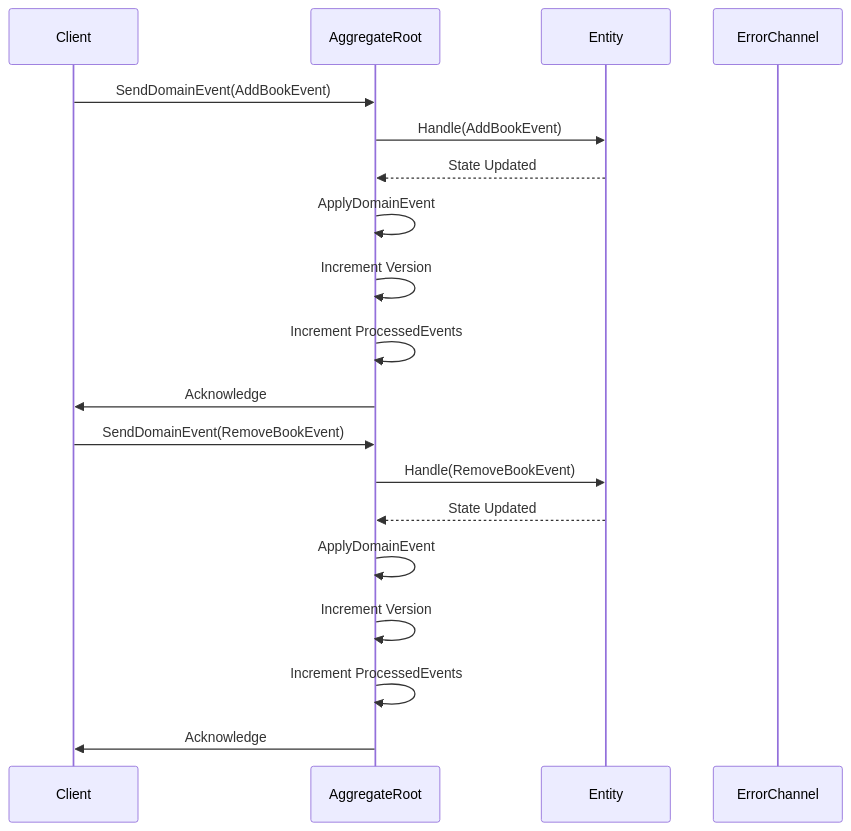
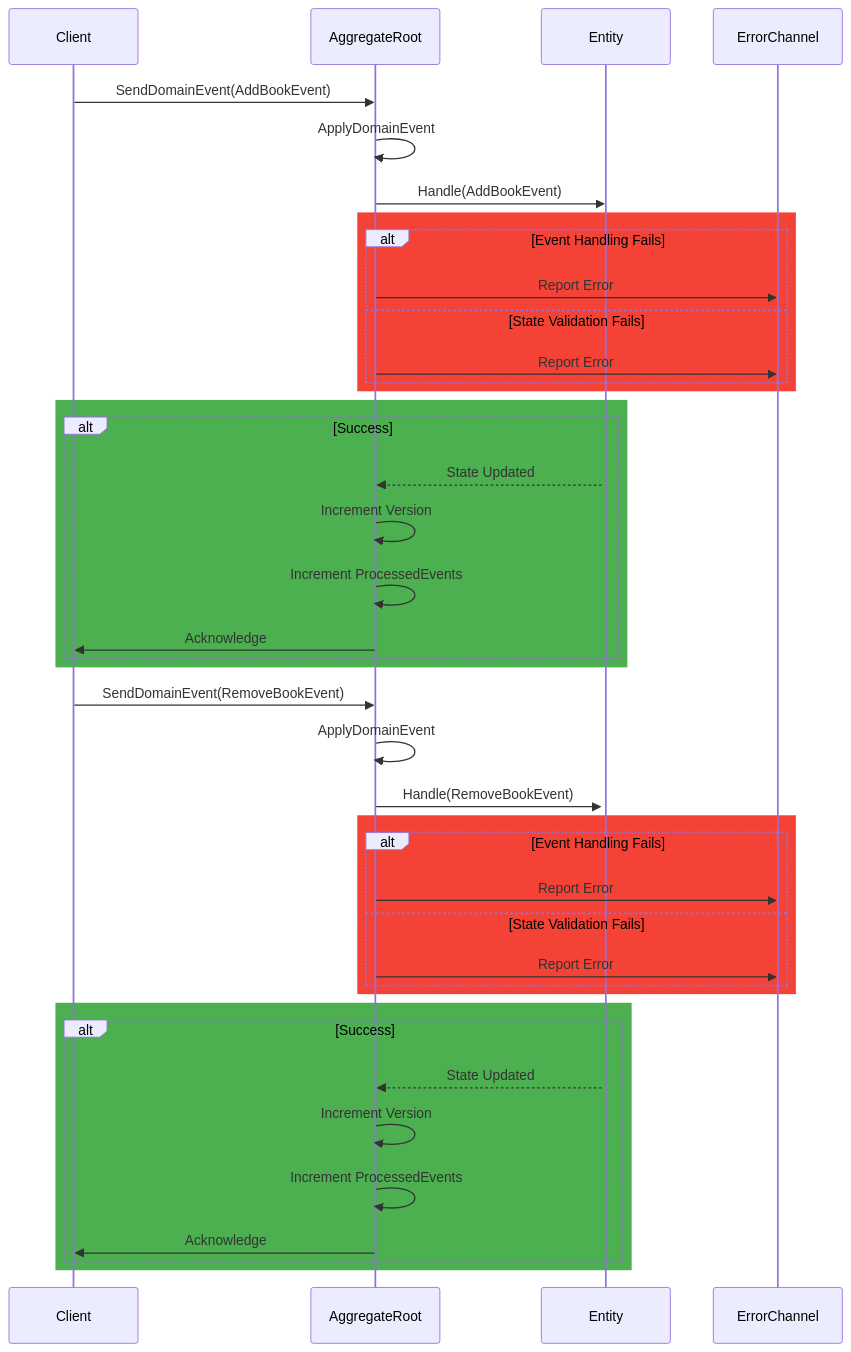
One commit to sosalejandro/ddd-golang changed the diagram in pkg/aggregate/README.md. Above: the diagram before and after it, drawn with Mermaid.

Commit message:
Updates sequence diagram

````diff
--- a/pkg/aggregate/README.md
+++ b/pkg/aggregate/README.md
@@ -317,22 +317,51 @@
 ```mermaid
 sequenceDiagram
     participant Client
     participant AggregateRoot
     participant Entity
     participant ErrorChannel
 
     Client->>AggregateRoot: SendDomainEvent(AddBookEvent)
+    AggregateRoot->>AggregateRoot: ApplyDomainEvent
     AggregateRoot->>Entity: Handle(AddBookEvent)
-    Entity-->>AggregateRoot: State Updated
+    activate Entity
+
+    rect rgb(244,67,54)
+        alt Event Handling Fails
+            AggregateRoot->>ErrorChannel: Report Error
+        else State Validation Fails
+            AggregateRoot->>ErrorChannel: Report Error
+        end
+    end
+
+    rect rgb(76,175,80)
+        alt Success
+            Entity-->>AggregateRoot: State Updated
+            AggregateRoot->>AggregateRoot: Increment Version
+            AggregateRoot->>AggregateRoot: Increment ProcessedEvents
+            AggregateRoot->>Client: Acknowledge
+        end
+    end
+
+    Client->>AggregateRoot: SendDomainEvent(RemoveBookEvent)
     AggregateRoot->>AggregateRoot: ApplyDomainEvent
-    AggregateRoot->>AggregateRoot: Increment Version
-    AggregateRoot->>AggregateRoot: Increment ProcessedEvents
-    AggregateRoot->>Client: Acknowledge
-    Client->>AggregateRoot: SendDomainEvent(RemoveBookEvent)
     AggregateRoot->>Entity: Handle(RemoveBookEvent)
-    Entity-->>AggregateRoot: State Updated
-    AggregateRoot->>AggregateRoot: ApplyDomainEvent
-    AggregateRoot->>AggregateRoot: Increment Version
-    AggregateRoot->>AggregateRoot: Increment ProcessedEvents
-    AggregateRoot->>Client: Acknowledge
+    activate Entity
+
+    rect rgb(244,67,54)
+        alt Event Handling Fails
+            AggregateRoot->>ErrorChannel: Report Error
+        else State Validation Fails
+            AggregateRoot->>ErrorChannel: Report Error
+        end
+    end
+
+    rect rgb(76,175,80)
+        alt Success
+            Entity-->>AggregateRoot: State Updated
+            AggregateRoot->>AggregateRoot: Increment Version
+            AggregateRoot->>AggregateRoot: Increment ProcessedEvents
+            AggregateRoot->>Client: Acknowledge
+        end
+    end
 ```
````
